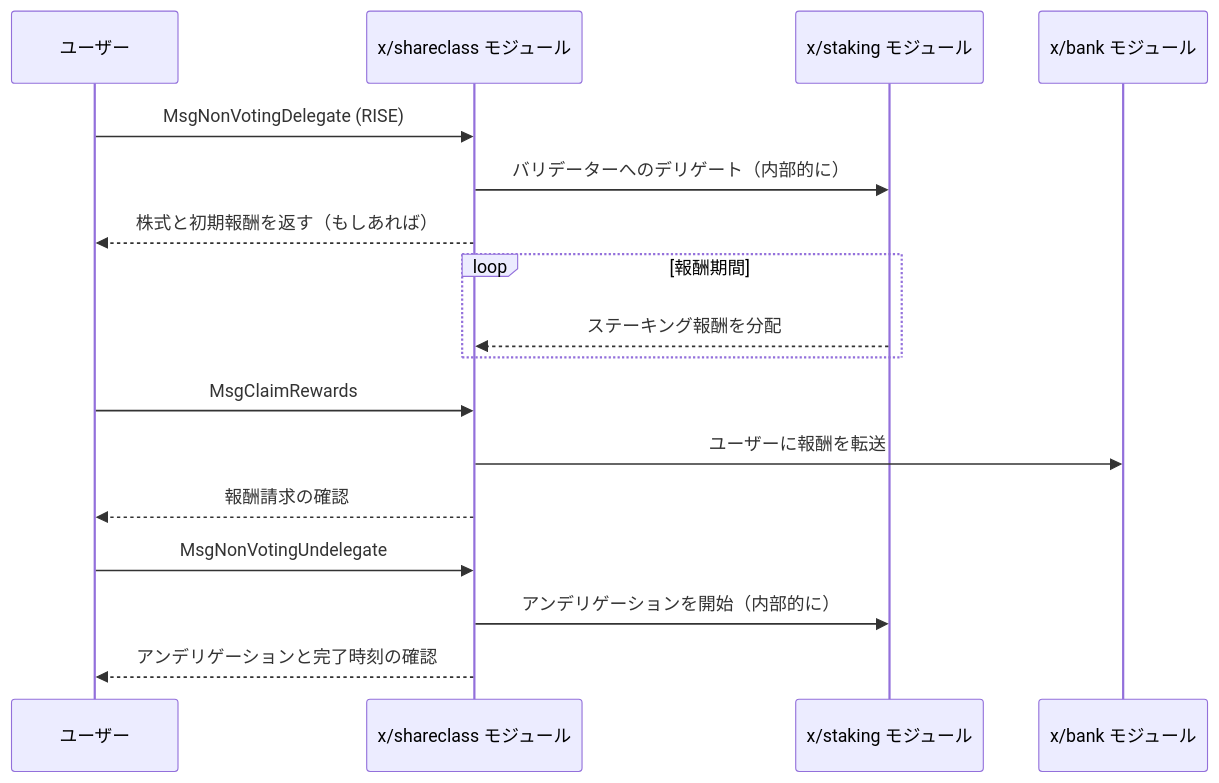
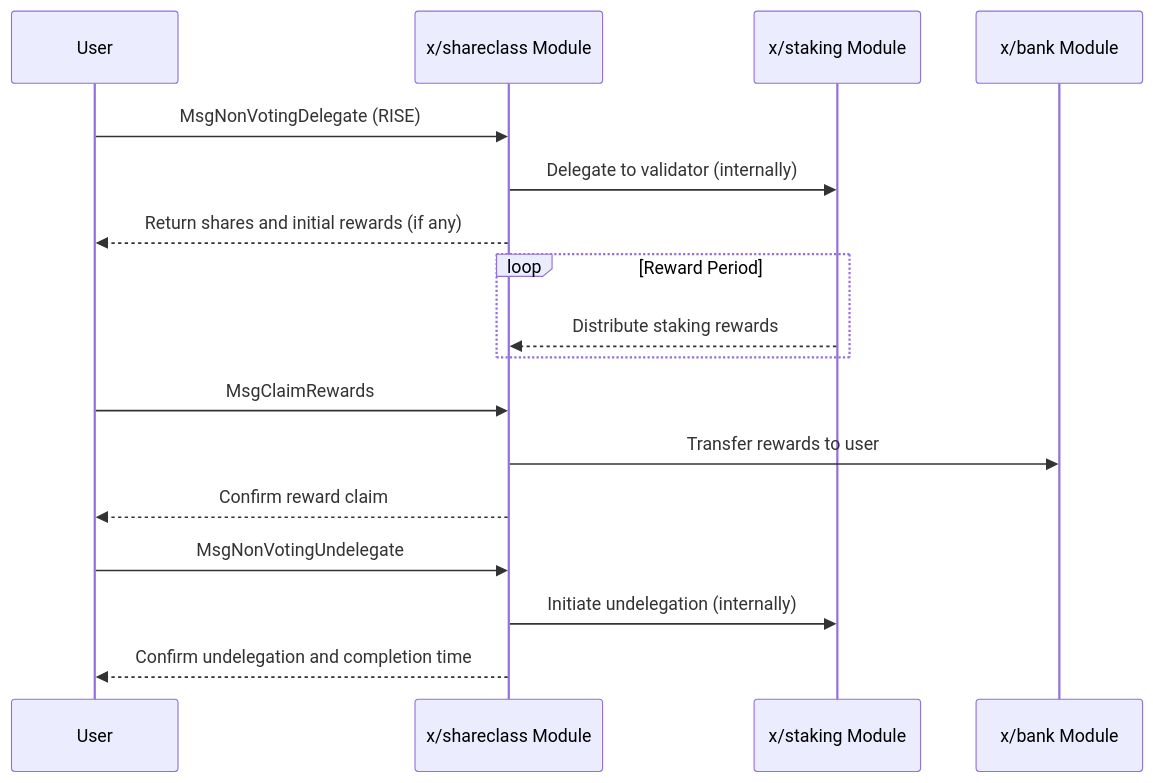
The diagram in ja/learn/sunrise/shareclass.md (sunriselayer/gitbook), drawn with Mermaid before and after one commit. The commit also changed 19 other files, not shown here.

````diff
--- a/ja/learn/sunrise/shareclass.md
+++ b/ja/learn/sunrise/shareclass.md
@@ -49,23 +49,23 @@
 ```mermaid
 sequenceDiagram
-    participant User as ユーザー
-    participant ShareclassModule as x/shareclass モジュール
-    participant StakingModule as x/staking モジュール
-    participant BankModule as x/bank モジュール
+    participant User as User
+    participant ShareclassModule as x/shareclass Module
+    participant StakingModule as x/staking Module
+    participant BankModule as x/bank Module
 
     User->>ShareclassModule: MsgNonVotingDelegate (RISE)
-    ShareclassModule->>StakingModule: バリデーターへのデリゲート（内部的に）
-    ShareclassModule-->>User: 株式と初期報酬を返す（もしあれば）
+    ShareclassModule->>StakingModule: Delegate to validator (internally)
+    ShareclassModule-->>User: Return shares and initial rewards (if any)
 
-    loop 報酬期間
-        StakingModule-->>ShareclassModule: ステーキング報酬を分配
+    loop Reward Period
+        StakingModule-->>ShareclassModule: Distribute staking rewards
     end
 
     User->>ShareclassModule: MsgClaimRewards
-    ShareclassModule->>BankModule: ユーザーに報酬を転送
-    ShareclassModule-->>User: 報酬請求の確認
+    ShareclassModule->>BankModule: Transfer rewards to user
+    ShareclassModule-->>User: Confirm reward claim
 
     User->>ShareclassModule: MsgNonVotingUndelegate
-    ShareclassModule->>StakingModule: アンデリゲーションを開始（内部的に）
-    ShareclassModule-->>User: アンデリゲーションと完了時刻の確認
+    ShareclassModule->>StakingModule: Initiate undelegation (internally)
+    ShareclassModule-->>User: Confirm undelegation and completion time
 ```
````
